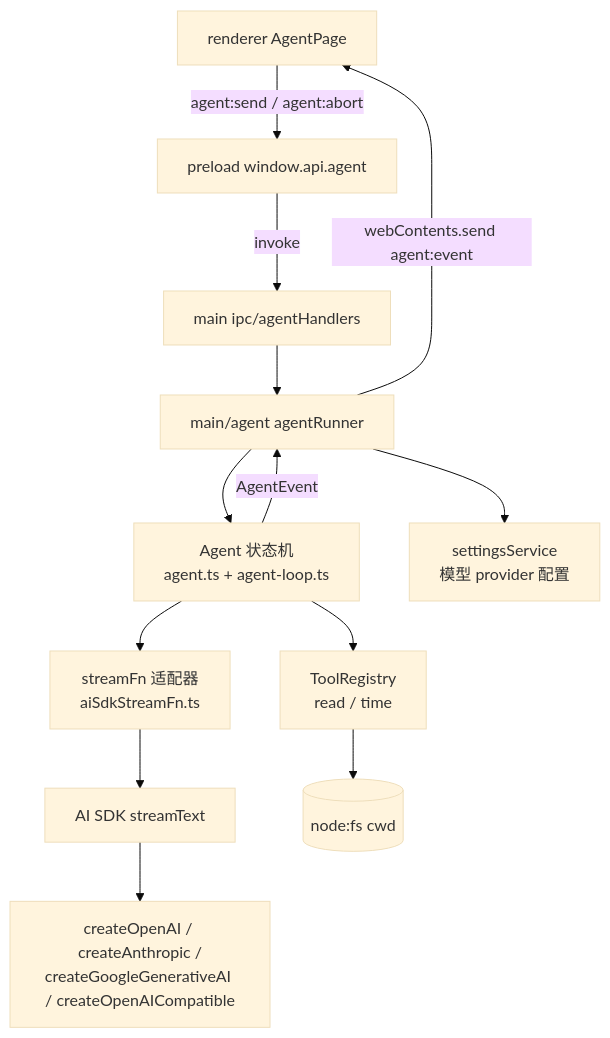
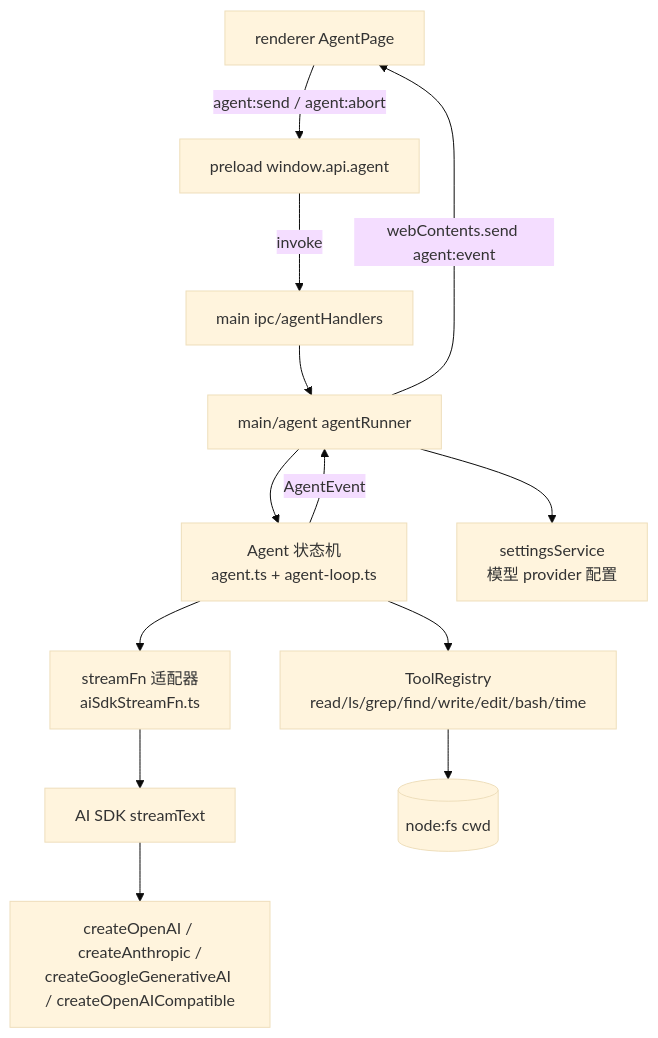
Before and after one commit to yonah-lin111/lx-agent: the diagram in docs/agent/design.md, drawn with Mermaid (base theme). The commit also changed other lines of this file and 18 other files, not shown here.

````diff
--- a/docs/agent/design.md
+++ b/docs/agent/design.md
@@ -20,15 +21,15 @@
 ```mermaid
 flowchart TD
     UI[renderer AgentPage] -->|agent:send / agent:abort| Preload[preload window.api.agent]
     Preload -->|invoke| IPC[main ipc/agentHandlers]
     IPC --> Runner[main/agent agentRunner]
     Runner --> Agent[Agent 状态机<br/>agent.ts + agent-loop.ts]
     Agent --> Adapter[streamFn 适配器<br/>aiSdkStreamFn.ts]
     Adapter --> AI[AI SDK streamText]
     AI --> Provider[createOpenAI / createAnthropic /<br/>createGoogleGenerativeAI / createOpenAICompatible]
-    Agent --> Tools[ToolRegistry<br/>read / time]
+    Agent --> Tools[ToolRegistry<br/>read/ls/grep/find/write/edit/bash/time]
     Tools --> FS[(node:fs cwd)]
     Runner --> Settings[settingsService<br/>模型 provider 配置]
     Agent -->|AgentEvent| Runner
     Runner -->|webContents.send agent:event| UI
 ```
````
